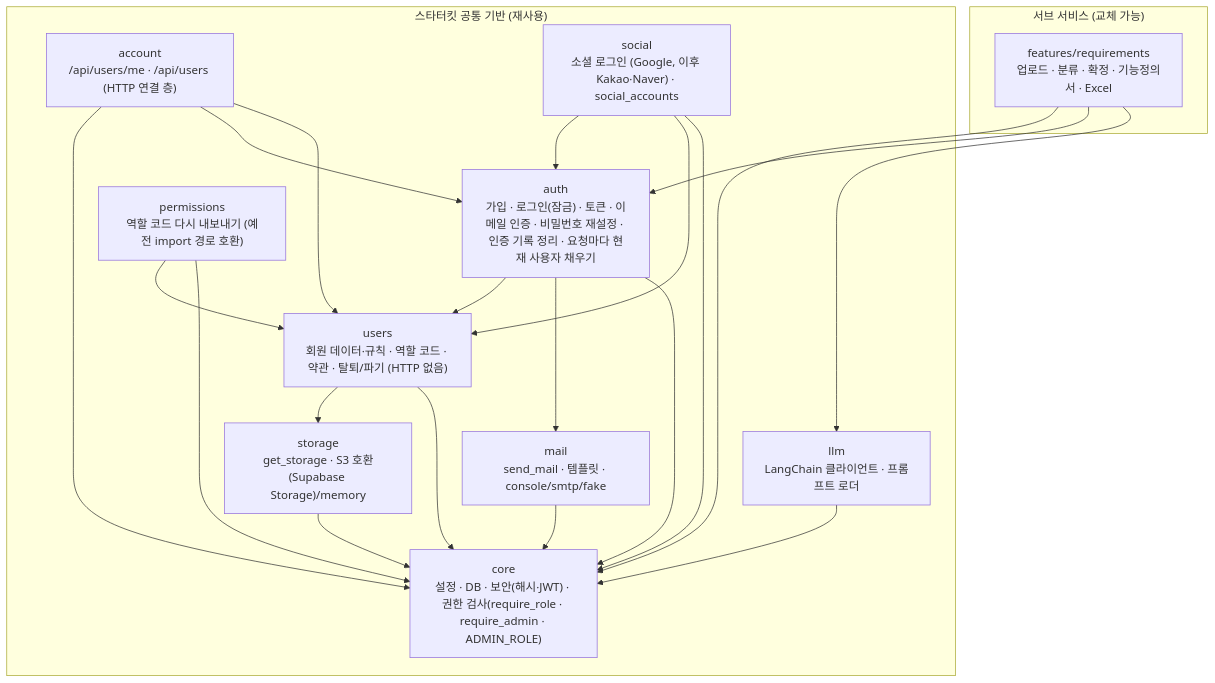
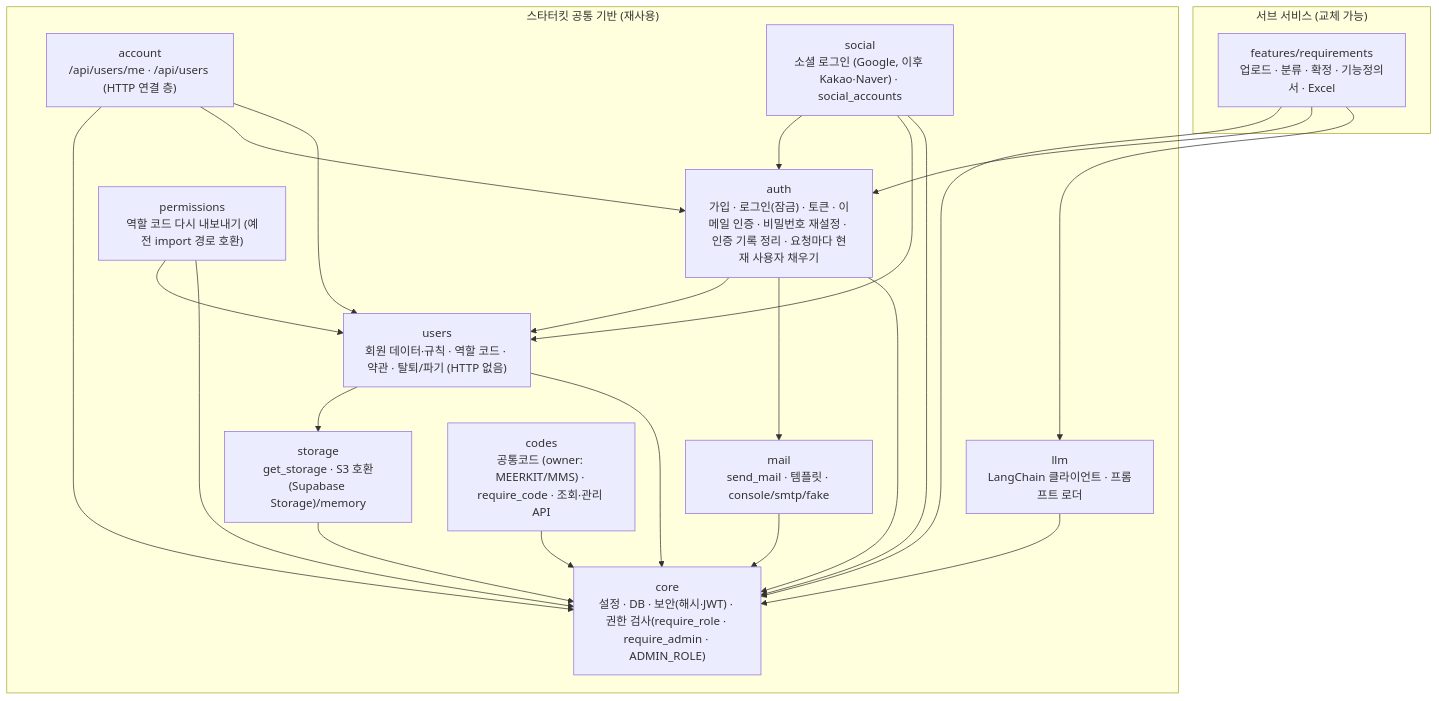
Before and after one commit to SNACKCUP/meerkit-snack: the diagram in docs/architecture.md, drawn with Mermaid. The commit also changed other lines of this file and 16 other files, not shown here.

First line of the commit message:
feat(codes): 킷·서브 서비스 공용 공통코드 모듈 추가

````diff
--- a/docs/architecture.md
+++ b/docs/architecture.md
@@ -14,36 +14,38 @@
 ```mermaid
 flowchart TB
     subgraph KIT["스타터킷 공통 기반 (재사용)"]
         core["core<br/>설정 · DB · 보안(해시·JWT) · 권한 검사(require_role · require_admin · ADMIN_ROLE)"]
         users["users<br/>회원 데이터·규칙 · 역할 코드 · 약관 · 탈퇴/파기 (HTTP 없음)"]
         auth["auth<br/>가입 · 로그인(잠금) · 토큰 · 이메일 인증 · 비밀번호 재설정 · 인증 기록 정리 · 요청마다 현재 사용자 채우기"]
         perm["permissions<br/>역할 코드 다시 내보내기 (예전 import 경로 호환)"]
         account["account<br/>/api/users/me · /api/users (HTTP 연결 층)"]
         social["social<br/>소셜 로그인 (Google, 이후 Kakao·Naver) · social_accounts"]
         llm["llm<br/>LangChain 클라이언트 · 프롬프트 로더"]
         mail["mail<br/>send_mail · 템플릿 · console/smtp/fake"]
         storage["storage<br/>get_storage · S3 호환(Supabase Storage)/memory"]
+        codes["codes<br/>공통코드 (owner: MEERKIT/MMS) · require_code · 조회·관리 API"]
     end
     subgraph FEAT["서브 서비스 (교체 가능)"]
         req["features/requirements<br/>업로드 · 분류 · 확정 · 기능정의서 · Excel"]
     end
     req --> core
     req --> auth
     req --> llm
     account --> core
     account --> auth
     account --> users
     social --> auth
     social --> users
     perm --> users
     auth --> users
     auth --> mail
     users --> storage
     users --> core
     auth --> core
     social --> core
     perm --> core
     mail --> core
     llm --> core
     storage --> core
+    codes --> core
 ```
````
